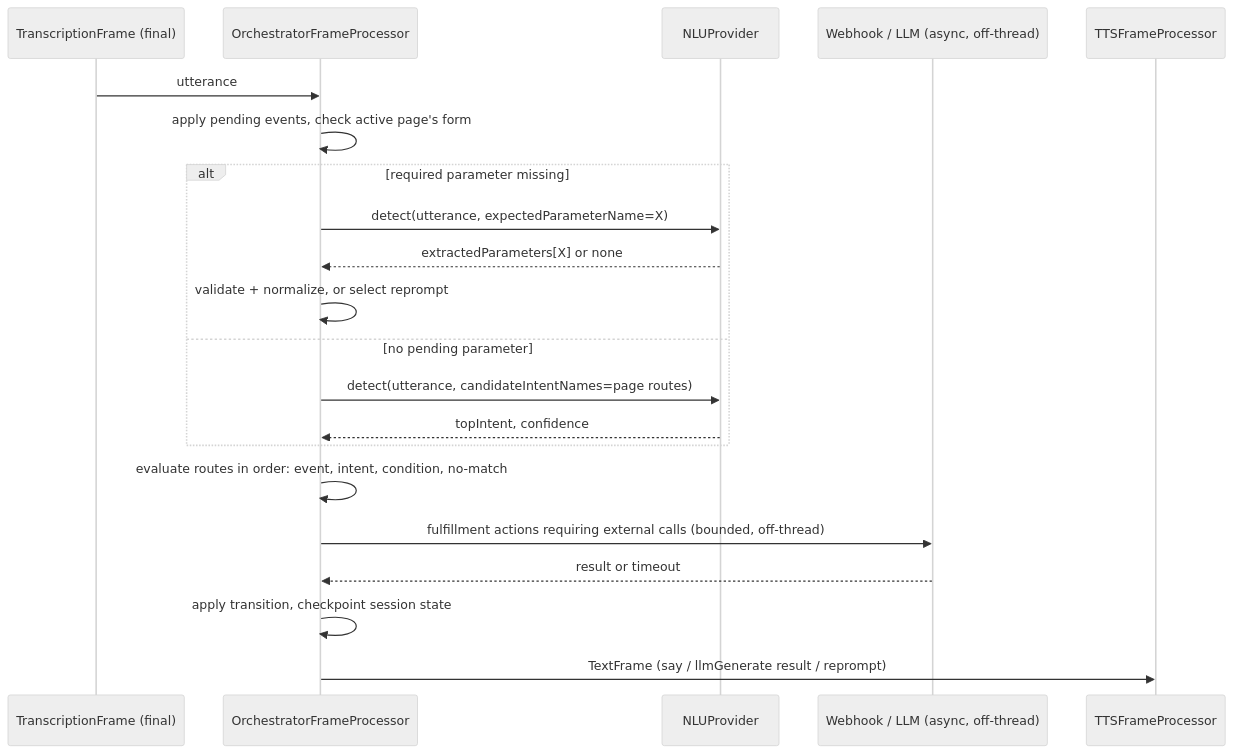
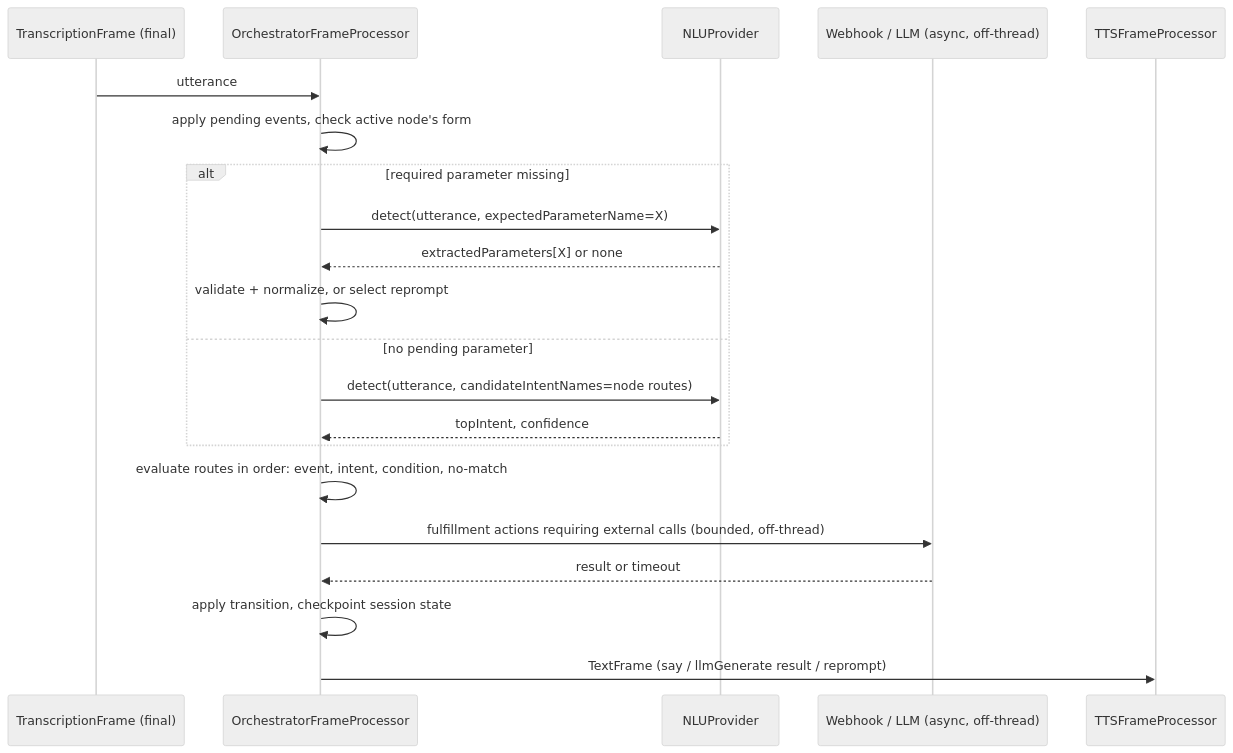
The second of 2 diagrams in docs/reference/requestflow-spec.md (fatehmtd/VASDK), drawn with Mermaid (neutral theme) before and after one commit. The commit also changed other lines of this file and 1 other file, not shown here.

````diff
--- a/docs/reference/requestflow-spec.md
+++ b/docs/reference/requestflow-spec.md
@@ -312,24 +324,24 @@
 ```mermaid
 sequenceDiagram
     participant STT as TranscriptionFrame (final)
     participant OFP as OrchestratorFrameProcessor
     participant NLU as NLUProvider
     participant Ext as Webhook / LLM (async, off-thread)
     participant TTS as TTSFrameProcessor
 
     STT->>OFP: utterance
-    OFP->>OFP: apply pending events, check active page's form
+    OFP->>OFP: apply pending events, check active node's form
     alt required parameter missing
         OFP->>NLU: detect(utterance, expectedParameterName=X)
         NLU-->>OFP: extractedParameters[X] or none
         OFP->>OFP: validate + normalize, or select reprompt
     else no pending parameter
-        OFP->>NLU: detect(utterance, candidateIntentNames=page routes)
+        OFP->>NLU: detect(utterance, candidateIntentNames=node routes)
         NLU-->>OFP: topIntent, confidence
     end
     OFP->>OFP: evaluate routes in order: event, intent, condition, no-match
     OFP->>Ext: fulfillment actions requiring external calls (bounded, off-thread)
     Ext-->>OFP: result or timeout
     OFP->>OFP: apply transition, checkpoint session state
     OFP->>TTS: TextFrame (say / llmGenerate result / reprompt)
 ```
````
